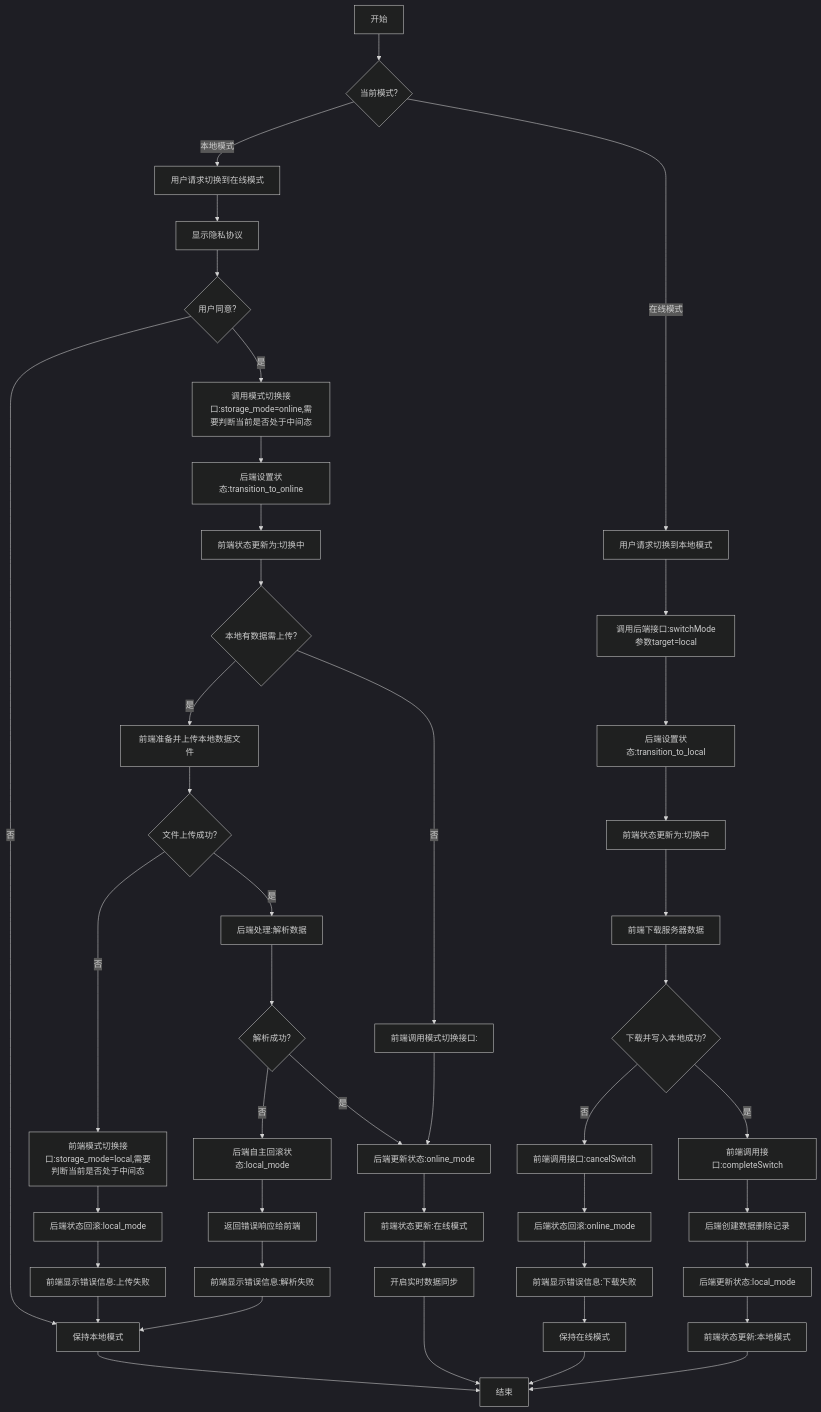
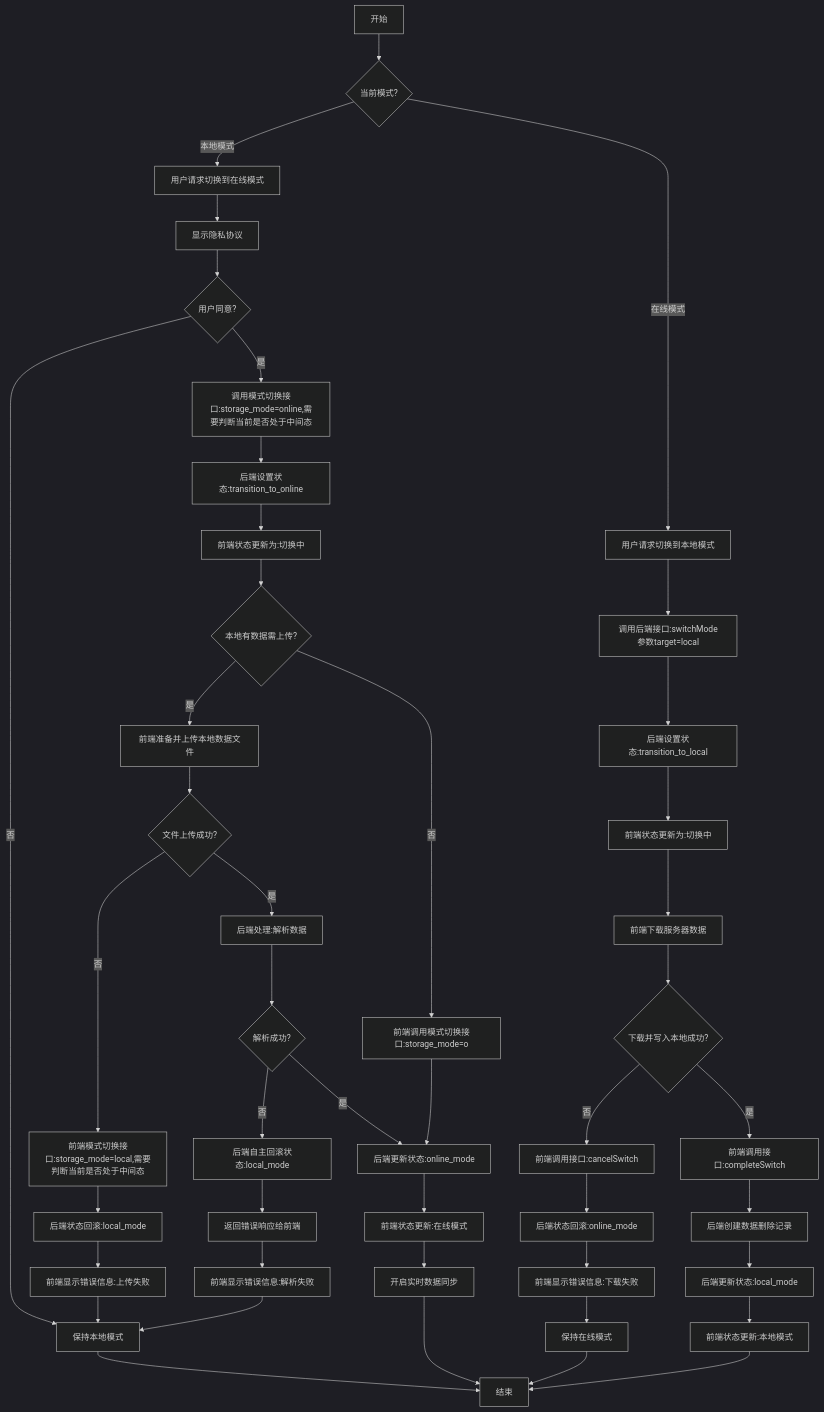
One commit to yingjianzh/iodraw-files changed the diagram in all/未命名-58.md. Above: the diagram before and after it, drawn with Mermaid (dark theme).

Commit message:
2025-05-14 10:45:34 update

````diff
--- a/all/未命名-58.md
+++ b/all/未命名-58.md
@@ -1,68 +1,68 @@
 ```mermaid
 flowchart TD
     A[开始] --> B{当前模式?}
     
     %% 本地模式转在线模式
     B -->|本地模式| C[用户请求切换到在线模式]
     C --> D[显示隐私协议]
     D --> E{用户同意?}
 
     E -->|否| F[保持本地模式]
     F --> Z[结束]
     
     E -->|是| G[调用模式切换接口:storage_mode=online,需要判断当前是否处于中间态]
     G --> H[后端设置状态:transition_to_online]
     H --> I[前端状态更新为:切换中]
     
     I --> J{本地有数据需上传?}
     
     %% 有本地数据需上传的情况
     J -->|是| K[前端准备并上传本地数据文件]
     K --> L{文件上传成功?}
     
     %% 上传失败的情况
     L -->|否| M[前端模式切换接口:storage_mode=local,需要判断当前是否处于中间态]
     M --> N[后端状态回滚:local_mode]
     N --> O[前端显示错误信息:上传失败]
     O --> F
     
     %% 上传成功但解析失败的情况
     L -->|是| P[后端处理:解析数据]
     P --> Q{解析成功?}
     Q -->|否| R[后端自主回滚状态:local_mode]
     R --> S[返回错误响应给前端]
     S --> T[前端显示错误信息:解析失败]
     T --> F
     
     %% 全部成功的情况
     Q -->|是| U[后端更新状态:online_mode]
-    J -->|否| V[前端调用模式切换接口:]
+    J -->|否| V[前端调用模式切换接口:storage_mode=o]
     V --> U
     
     U --> W[前端状态更新:在线模式]
     W --> X[开启实时数据同步]
     X --> Z
     
     %% 在线模式转本地模式
     B -->|在线模式| AA[用户请求切换到本地模式]
     AA --> AB[调用后端接口:switchMode参数target=local]
     AB --> AC[后端设置状态:transition_to_local]
     AC --> AD[前端状态更新为:切换中]
     
     AD --> AE[前端下载服务器数据]
     AE --> AF{下载并写入本地成功?}
     
     %% 下载失败的情况
     AF -->|否| AG[前端调用接口:cancelSwitch]
     AG --> AH[后端状态回滚:online_mode]
     AH --> AI[前端显示错误信息:下载失败]
     AI --> AJ[保持在线模式]
     AJ --> Z
     
     %% 下载成功的情况
     AF -->|是| AK[前端调用接口:completeSwitch]
     AK --> AL[后端创建数据删除记录]
     AL --> AM[后端更新状态:local_mode]
     AM --> AN[前端状态更新:本地模式]
     AN --> Z
 ```
````
